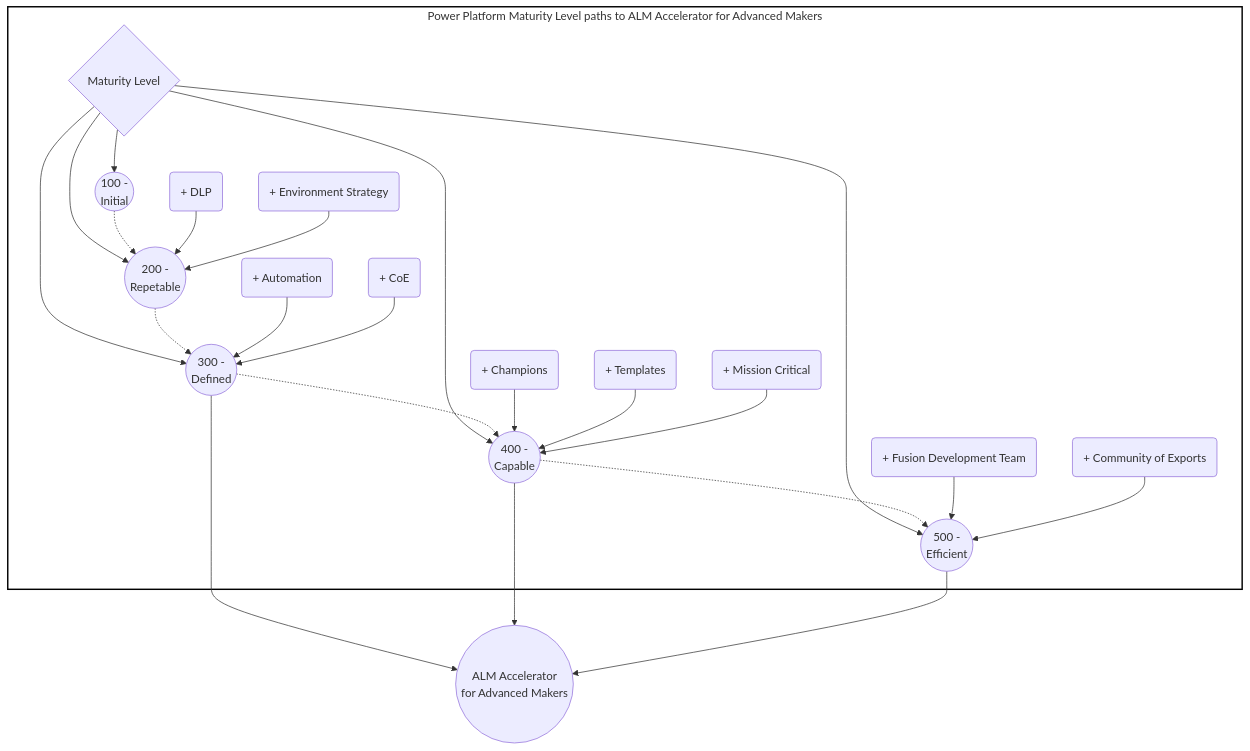
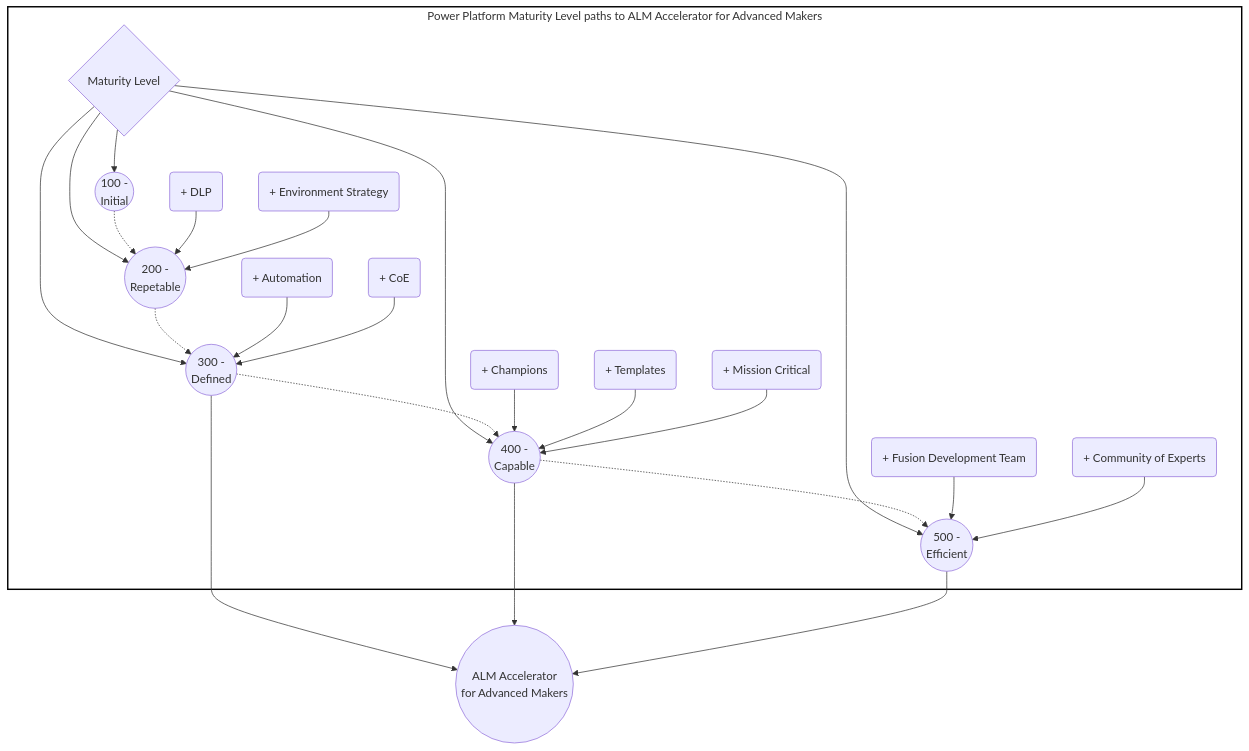
Before and after one commit to microsoft/coe-starter-kit: the diagram in coe-cli/docs/aa4am/maturity/maturity.mmd, drawn with Mermaid. The commit also changed 3 other files, not shown here.

```diff
--- a/coe-cli/docs/aa4am/maturity/maturity.mmd
+++ b/coe-cli/docs/aa4am/maturity/maturity.mmd
@@ -1,36 +1,36 @@
 graph
 
     subgraph maturity[Power Platform Maturity Level paths to ALM Accelerator for Advanced Makers]
         M{Maturity Level}
         M --> 100((100 - <br/>Initial))
         M ---> 200((200 - <br/>Repetable))
         M ---> 300((300 - <br/>Defined))
         M ---> 400((400 - <br/>Capable))
         M ---> 500((500 - <br/>Efficient))
 
         100 -.-> 200
         200 -.-> 300
         300 -.-> 400
         400 -.-> 500
 
         DLP(+ DLP) --> 200
         Environment(+ Environment Strategy) --> 200 
 
         Automation(+ Automation) --> 300 
         CoE(+ CoE) --> 300
 
         Champions(+ Champions) --> 400 
         Templates(+ Templates) --> 400 
         MissionCritical(+ Mission Critical) --> 400
 
         Team(+ Fusion Development Team) --> 500
-        Experts(+ Community of Exports) --> 500
+        Experts(+ Community of Experts) --> 500
     end
 
     style maturity fill:transparent,stroke:black,stroke-width:2px
 
     AA4AM((ALM Accelerator <br/>for Advanced Makers))
 
     300 --> AA4AM
     400 --> AA4AM
     500 --> AA4AM
```
